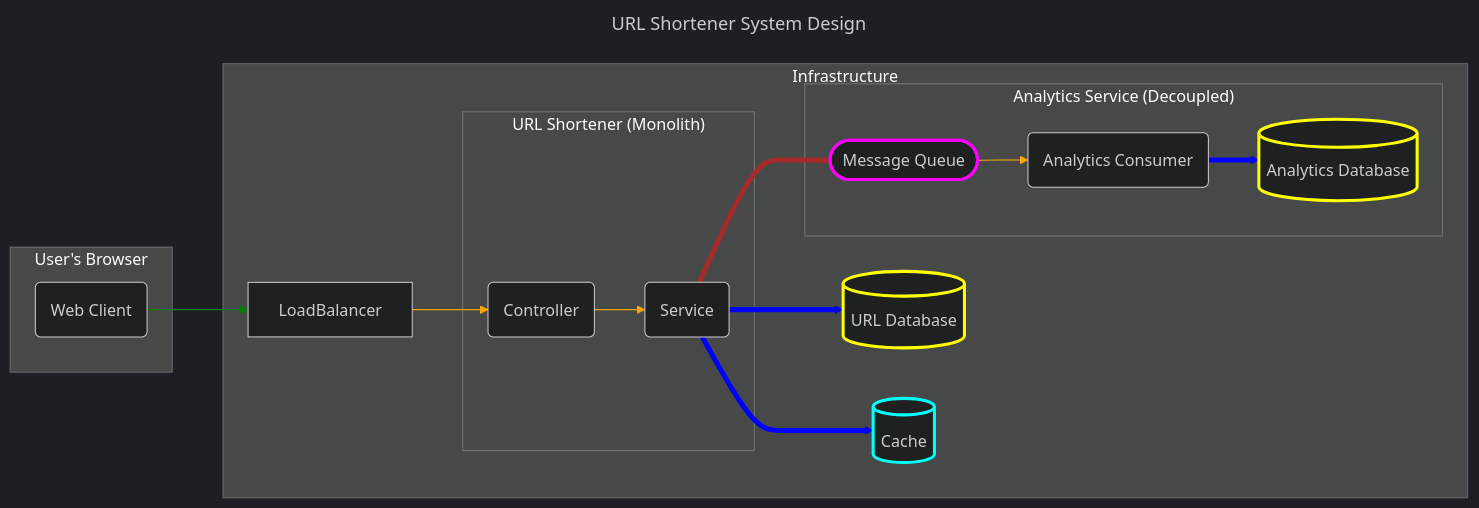
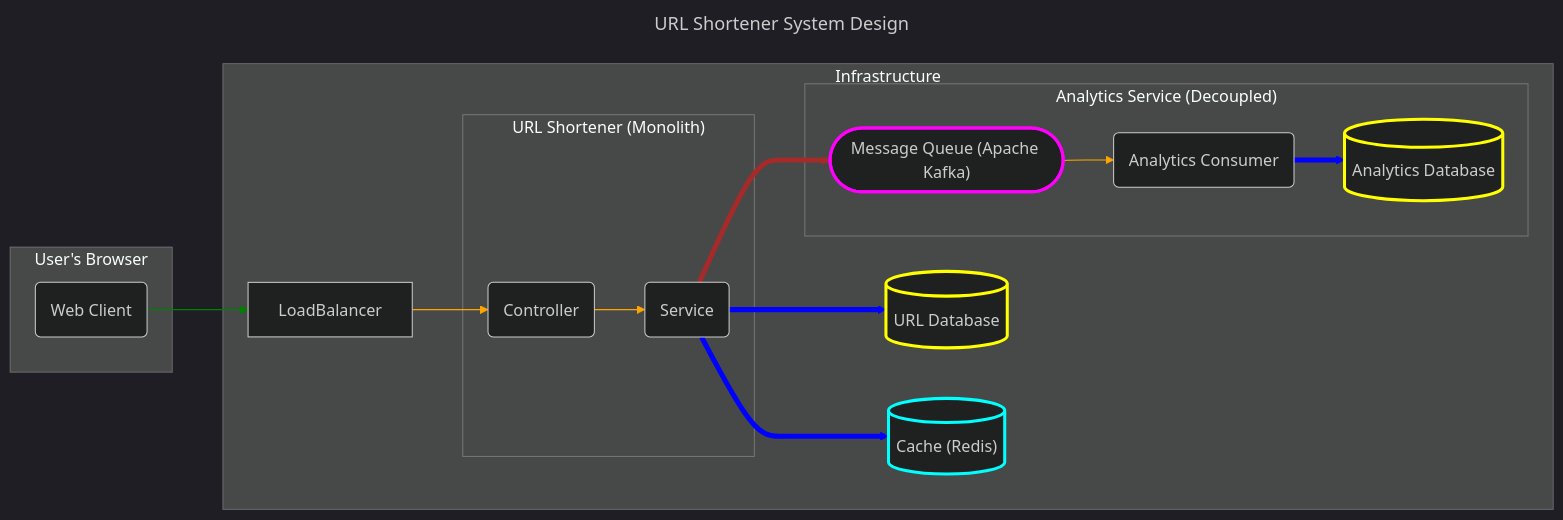
The first of 2 diagrams in Case Studies/ShortenURL.md (linushsianghung/systemdesign), drawn with Mermaid before and after one commit. The commit also changed other lines of this file and 16 other files, not shown here.

````diff
--- a/Case Studies/ShortenURL.md
+++ b/Case Studies/ShortenURL.md
@@ -32,43 +32,43 @@
 ```mermaid
 ---
 title: URL Shortener System Design
 config:
   theme: 'dark'
 ---
 flowchart LR
 
 %% Style Definition
     classDef database stroke-width:3px,stroke:yellow;
     classDef cache stroke-width:3px,stroke:cyan;
     classDef msgBroker stroke-width:3px,stroke:magenta;
     
 %% ----- Architecture Section -----
 subgraph "User's Browser"
     Client(Web Client)
 end
 
 subgraph "Infrastructure"
     Client --> LoadBalancer
     linkStyle 0 stroke:green
     
     LoadBalancer --> AppLayer
     linkStyle 1 stroke:orange
 
     subgraph "URL Shortener (Monolith)"
         AppLayer(Controller) --> ServiceLayer(Service)
         linkStyle 2 stroke:orange
     end
 
     ServiceLayer ==> URL_DB[(URL Database)]:::database
-    ServiceLayer --> Cache[(Cache)]:::cache
+    ServiceLayer --> Cache[("Cache (Redis)")]:::cache
     linkStyle 3,4 stroke-width:5px, stroke:blue
 
     subgraph "Analytics Service (Decoupled)"
-        ServiceLayer -->  MessageQueue([Message Queue]):::msgBroker --> AnalyticsService(Analytics Consumer)
+        ServiceLayer -->  MessageQueue(["Message Queue (Apache Kafka)"]):::msgBroker --> AnalyticsService(Analytics Consumer)
         AnalyticsService --> Analytics_DB[(Analytics Database)]:::database
         linkStyle 5 stroke-width:5px, stroke:brown
         linkStyle 6 stroke:orange
         linkStyle 7 stroke-width:5px, stroke:blue
     end
 end
 ```
````
